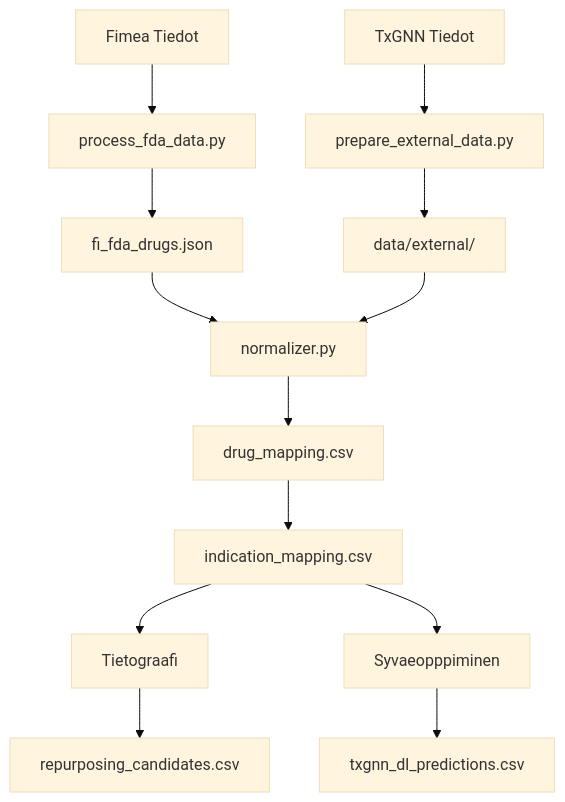
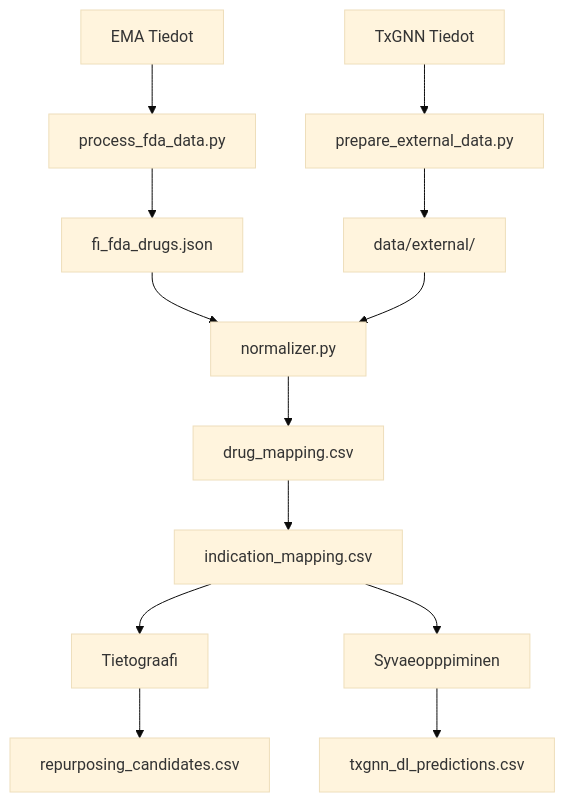
The second of 2 diagrams in README.md (yao-care/FITxGNN), drawn with Mermaid (base theme) before and after one commit. The commit also changed other lines of this file and 3 other files, not shown here.

First line of the commit message:
其餘資料來源描述改寫實際資料集：Fimea → EMA Medicines report

````diff
--- a/README.md
+++ b/README.md
@@ -303,20 +303,20 @@
 ```mermaid
 flowchart TD
-    FDA["Fimea Tiedot"] --> proc["process_fda_data.py"]
+    FDA["EMA Tiedot"] --> proc["process_fda_data.py"]
     TxGNN["TxGNN Tiedot"] --> prep["prepare_external_data.py"]
 
     proc --> json["fi_fda_drugs.json"]
     prep --> ext["data/external/"]
 
     json --> norm["normalizer.py"]
     ext --> norm
 
     norm --> drug_map["drug_mapping.csv"]
     drug_map --> ind_map["indication_mapping.csv"]
 
     ind_map --> KG["Tietograafi"]
     ind_map --> DL["Syvaeopppiminen"]
 
     KG --> kg_out["repurposing_candidates.csv"]
     DL --> dl_out["txgnn_dl_predictions.csv"]
 ```
````
